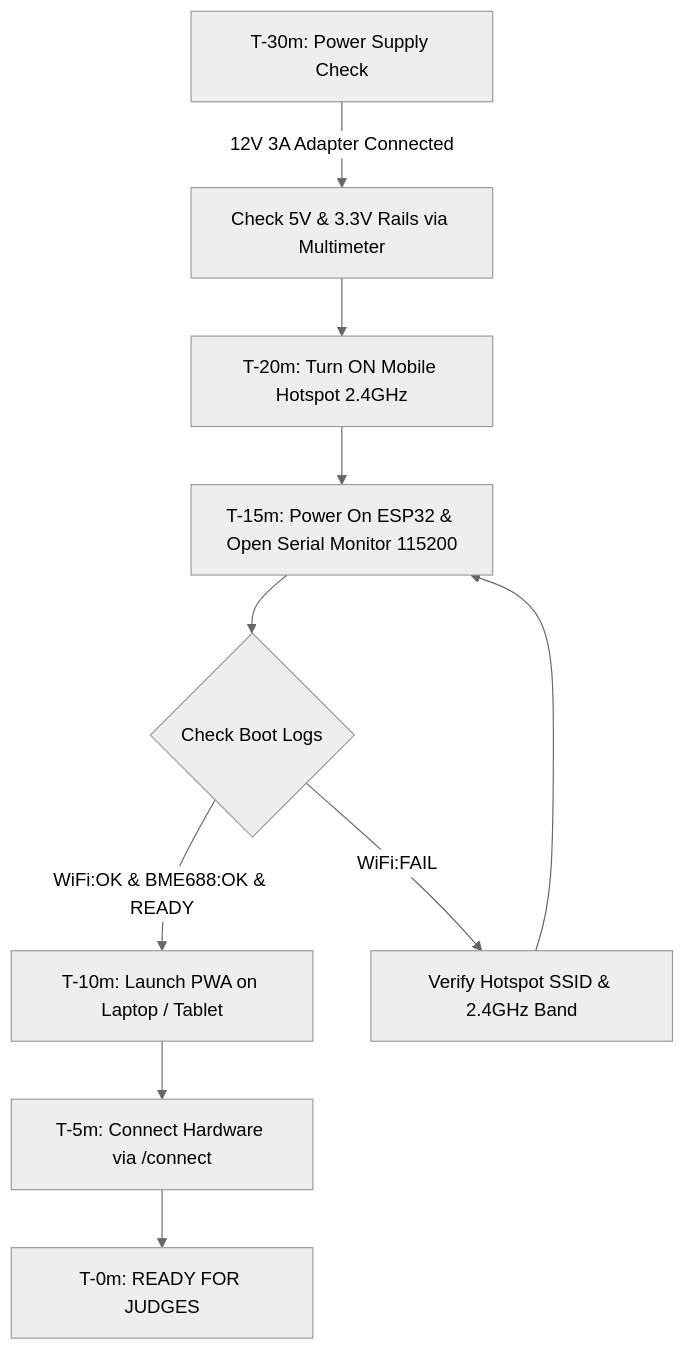
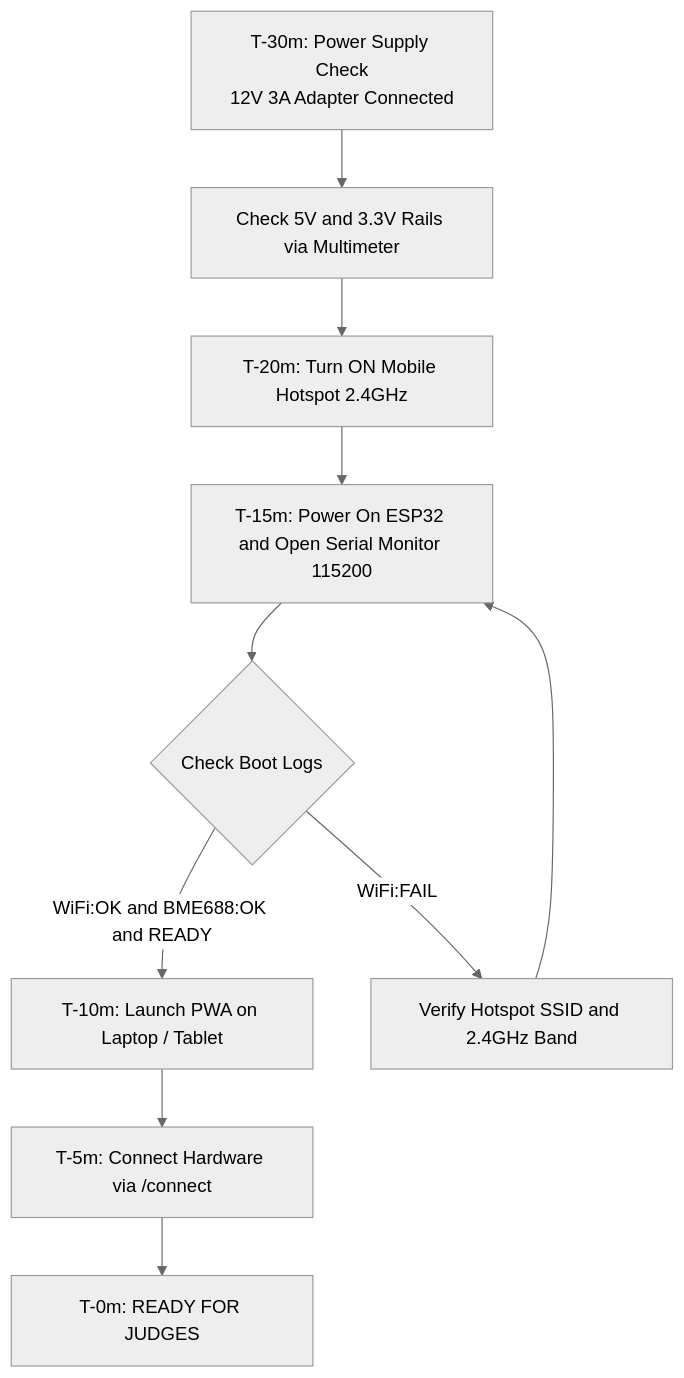
One commit to TamboliSara/ASEP2-PWA-2.0 changed the diagram in docs/05_JUDGE_DEMO_GUIDE_AND_PRECAUTIONS.md. Above: the diagram before and after it, drawn with Mermaid (neutral theme). The commit also changed 5 other files, not shown here.

Commit message:
fix(docs): quote all mermaid labels and sanitize syntax for GitHub markdown renderer

````diff
--- a/docs/05_JUDGE_DEMO_GUIDE_AND_PRECAUTIONS.md
+++ b/docs/05_JUDGE_DEMO_GUIDE_AND_PRECAUTIONS.md
@@ -31,12 +31,12 @@
 ```mermaid
 graph TD
-    A[T-30m: Power Supply Check] -->|12V 3A Adapter Connected| B[Check 5V & 3.3V Rails via Multimeter]
-    B --> C[T-20m: Turn ON Mobile Hotspot 2.4GHz]
-    C --> D[T-15m: Power On ESP32 & Open Serial Monitor 115200]
-    D --> E{Check Boot Logs}
-    E -- "WiFi:OK & BME688:OK & READY" --> F[T-10m: Launch PWA on Laptop / Tablet]
-    E -- "WiFi:FAIL" --> G[Verify Hotspot SSID & 2.4GHz Band]
+    A["T-30m: Power Supply Check<br/>12V 3A Adapter Connected"] --> B["Check 5V and 3.3V Rails via Multimeter"]
+    B --> C["T-20m: Turn ON Mobile Hotspot 2.4GHz"]
+    C --> D["T-15m: Power On ESP32 and Open Serial Monitor 115200"]
+    D --> E{"Check Boot Logs"}
+    E -- "WiFi:OK and BME688:OK and READY" --> F["T-10m: Launch PWA on Laptop / Tablet"]
+    E -- "WiFi:FAIL" --> G["Verify Hotspot SSID and 2.4GHz Band"]
     G --> D
-    F --> H[T-5m: Connect Hardware via /connect]
-    H --> I[T-0m: READY FOR JUDGES]
+    F --> H["T-5m: Connect Hardware via /connect"]
+    H --> I["T-0m: READY FOR JUDGES"]
 ```
````
